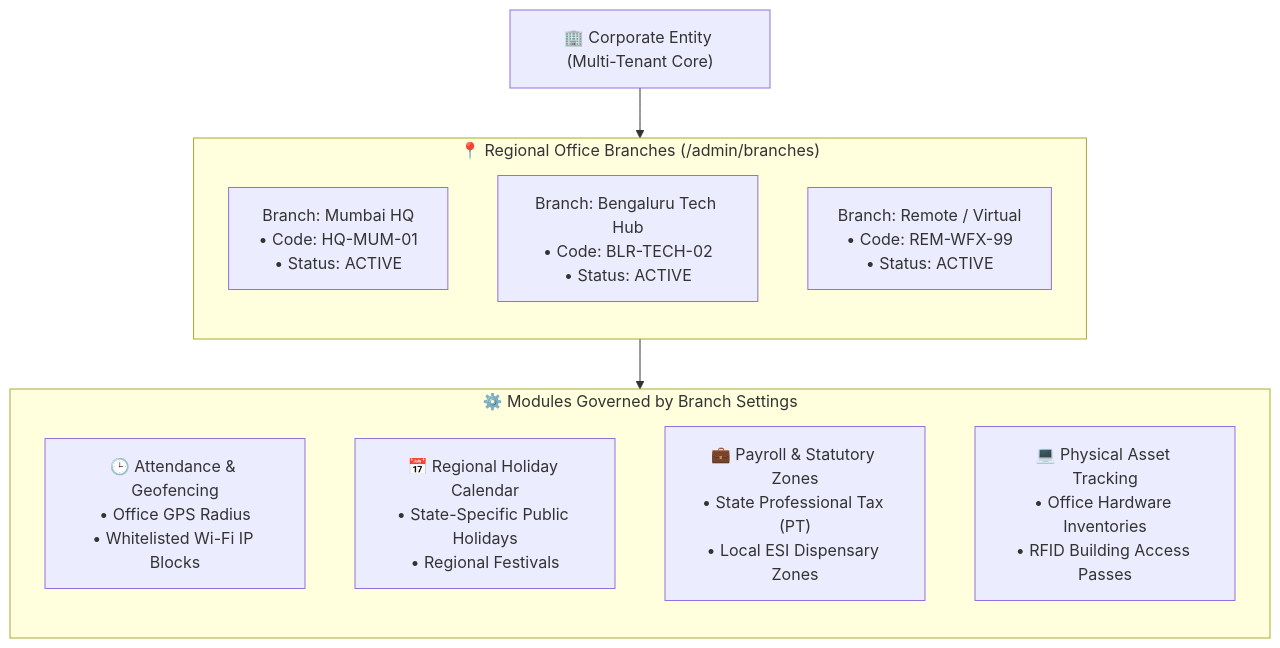
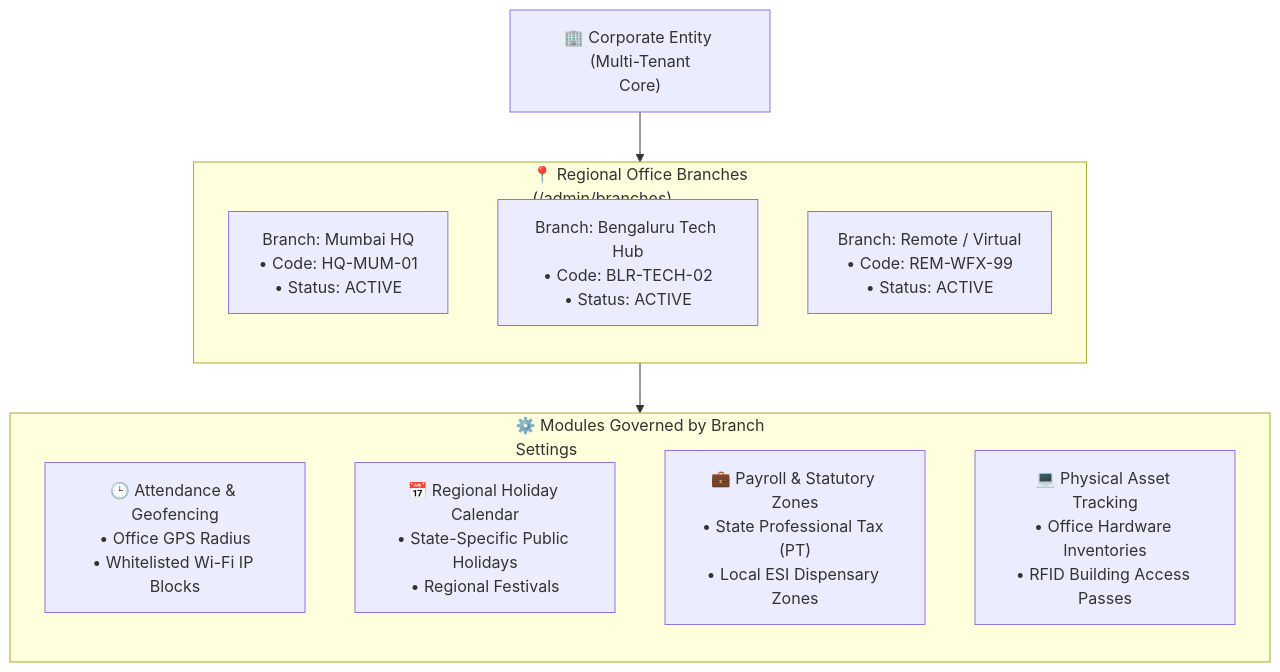
Before and after one commit to SRJ-GROUP/hubnest_user_guide: the first of 2 diagrams in docs/hrms/branches.md, drawn with Mermaid. The commit also changed 161 other files, not shown here.

Commit message:
feat: complete HubMeet suite, supervisor portal docs, diagram fixes, and interactive eye-button zoom modal

````diff
--- a/docs/hrms/branches.md
+++ b/docs/hrms/branches.md
@@ -26,22 +26,22 @@
 ```mermaid
 graph TB
-    Company["🏢 Corporate Entity (Multi-Tenant Core)"]
+    Company["🏢 Corporate Entity (Multi-Tenant<br/>Core)"]
 
-    subgraph BranchLayer["📍 Regional Office Branches (/admin/branches)"]
+    subgraph BranchLayer["📍 Regional Office Branches<br/>(/admin/branches)"]
         direction TB
         B1["Branch: Mumbai HQ<br/>• Code: HQ-MUM-01<br/>• Status: ACTIVE"]
         B2["Branch: Bengaluru Tech Hub<br/>• Code: BLR-TECH-02<br/>• Status: ACTIVE"]
         B3["Branch: Remote / Virtual<br/>• Code: REM-WFX-99<br/>• Status: ACTIVE"]
     end
 
-    subgraph OperationalImpact["⚙️ Modules Governed by Branch Settings"]
+    subgraph OperationalImpact["⚙️ Modules Governed by Branch<br/>Settings"]
         direction TB
         M1["🕒 Attendance & Geofencing<br/>• Office GPS Radius<br/>• Whitelisted Wi-Fi IP Blocks"]
         M2["📅 Regional Holiday Calendar<br/>• State-Specific Public Holidays<br/>• Regional Festivals"]
         M3["💼 Payroll & Statutory Zones<br/>• State Professional Tax (PT)<br/>• Local ESI Dispensary Zones"]
         M4["💻 Physical Asset Tracking<br/>• Office Hardware Inventories<br/>• RFID Building Access Passes"]
     end
 
     Company --> BranchLayer
     BranchLayer --> OperationalImpact
 ```
````
